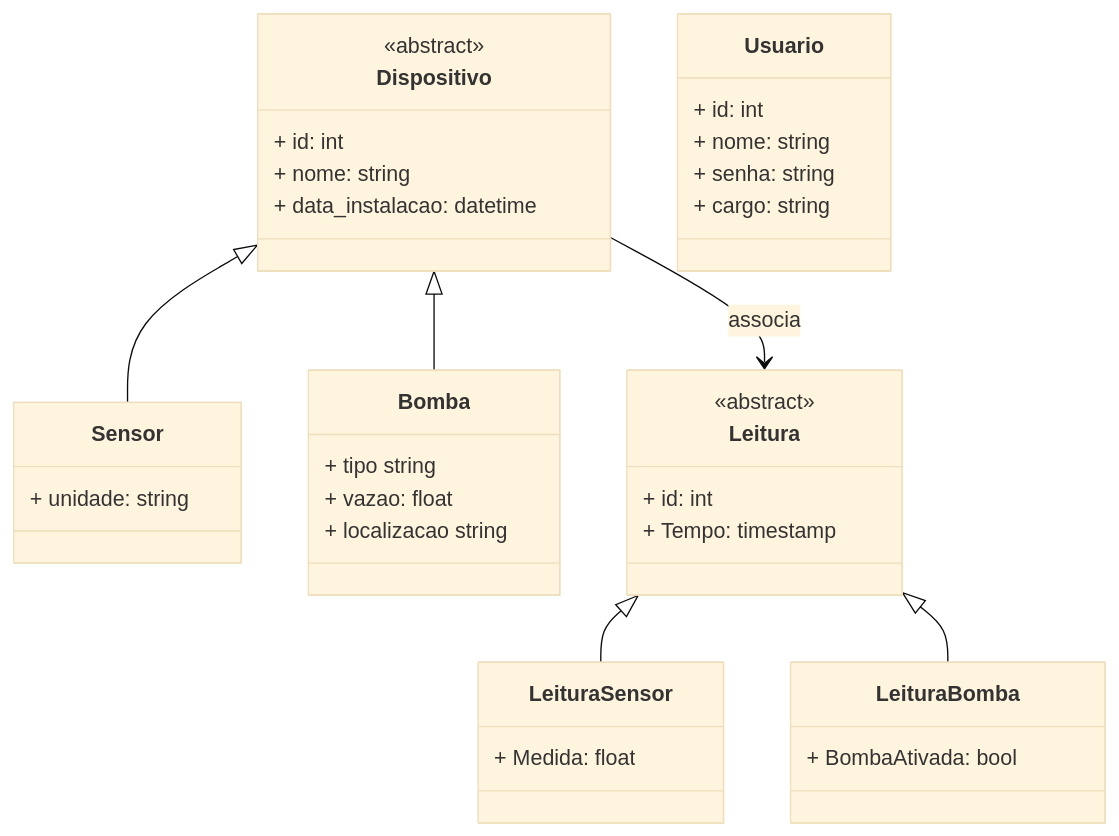
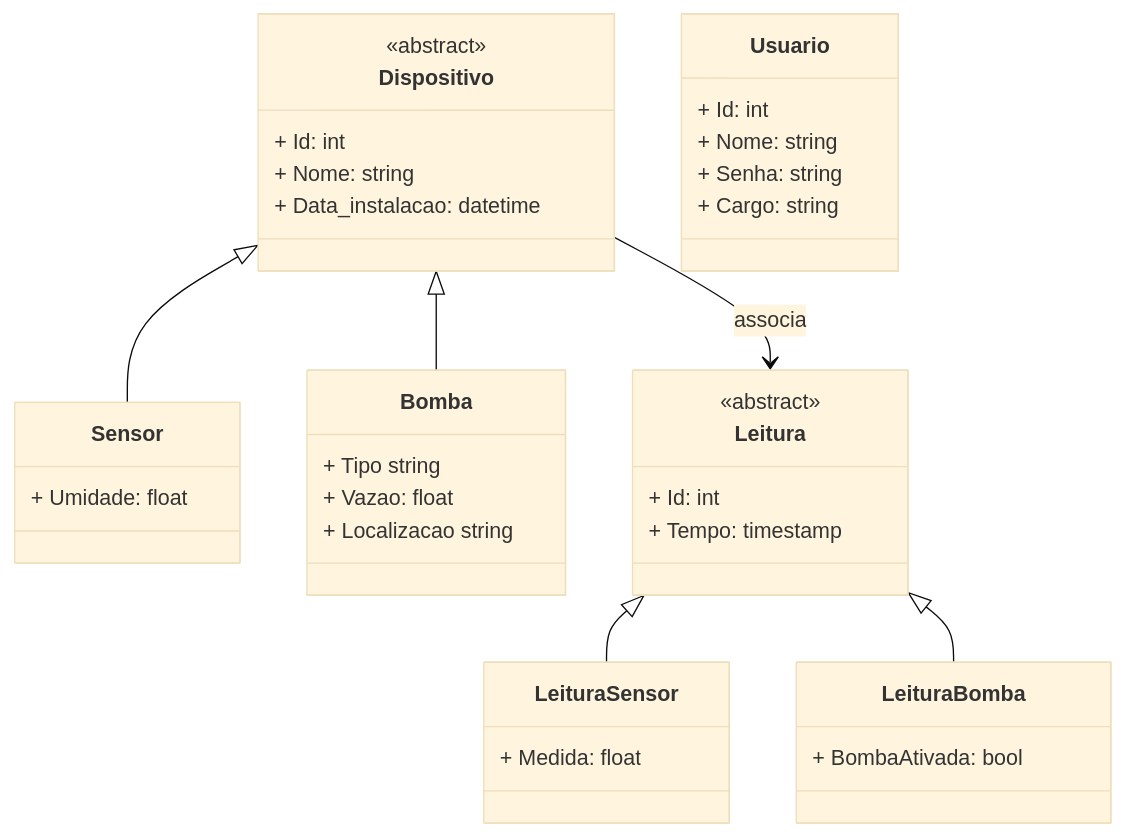
Before and after one commit to Giovani-RodriguesS/projeto_iot: the first of 2 diagrams in docs/README.md, drawn with Mermaid (base theme). The commit also changed other lines of this file, not shown here.

Commit message:
docs: updated diagrams

````diff
--- a/docs/README.md
+++ b/docs/README.md
@@ -4,46 +5,46 @@
 ```mermaid
 classDiagram
     class Dispositivo {
         <<abstract>>
-        + id: int
-        + nome: string
-        + data_instalacao: datetime
+        + Id: int
+        + Nome: string
+        + Data_instalacao: datetime
     }
     class Usuario {
-        + id: int
-        + nome: string
-        + senha: string
-        + cargo: string
+        + Id: int
+        + Nome: string
+        + Senha: string
+        + Cargo: string
     }
 
 
     class Sensor {
-        + unidade: string
+        + Umidade: float
     }
     class Bomba {
-        + tipo string
-        + vazao: float
-        + localizacao string
+        + Tipo string
+        + Vazao: float
+        + Localizacao string
     }
     class Leitura {
         <<abstract>>
-        + id: int
+        + Id: int
         + Tempo: timestamp
     }
     class LeituraBomba {
         + BombaAtivada: bool
     }
     class LeituraSensor {
         + Medida: float
     }
 
     Usuario
     
     Dispositivo  <|-- Sensor
     Dispositivo <|-- Bomba
 
     Leitura <|-- LeituraSensor
     Leitura <|-- LeituraBomba
 
     Dispositivo --> Leitura : associa
 ```
````
